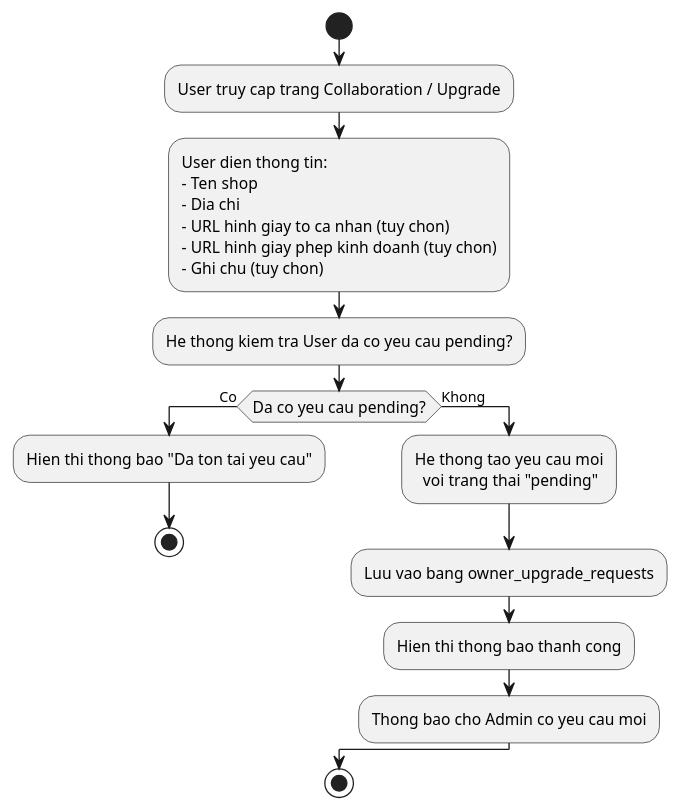
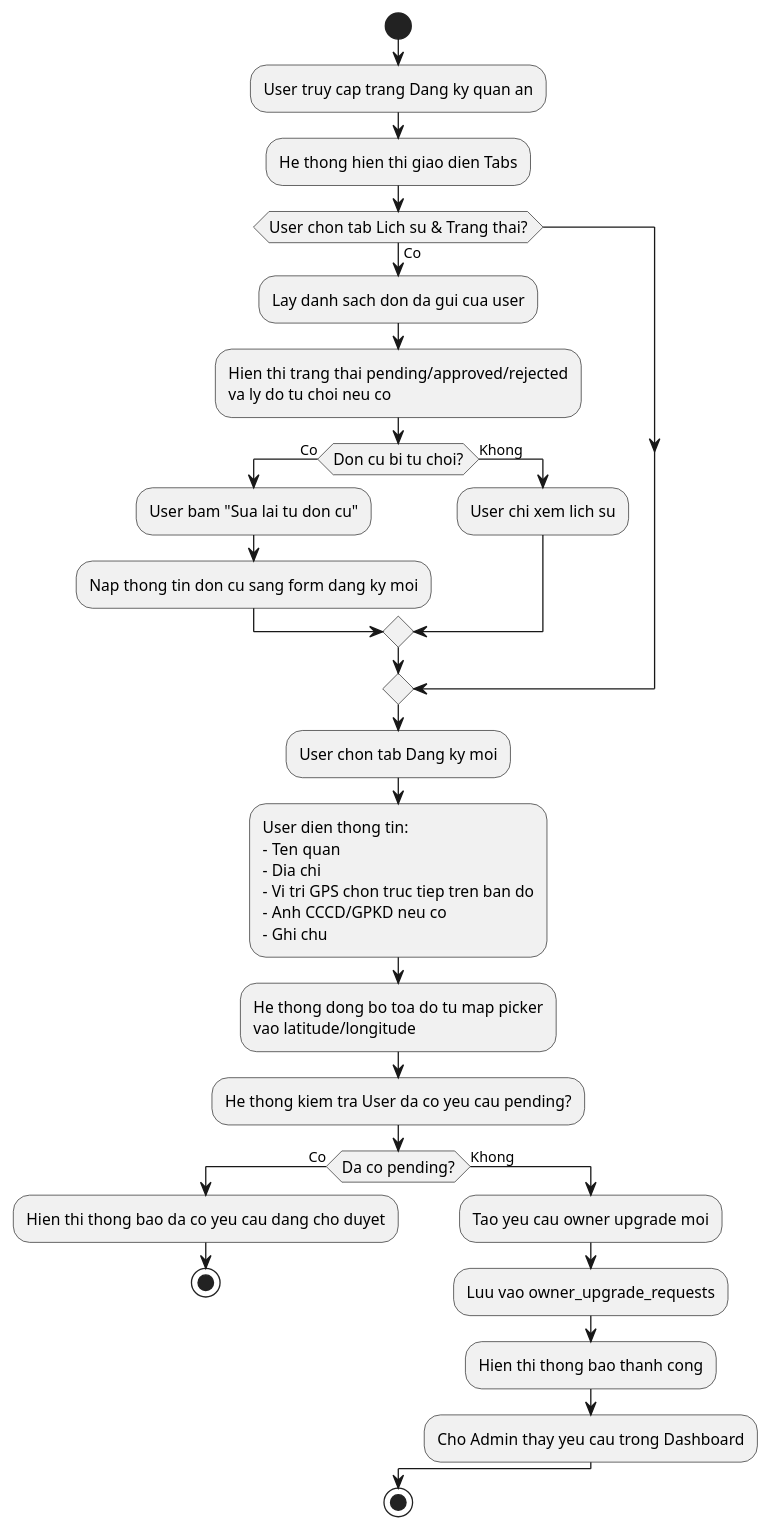
Before and after one commit to MinhMafia/DiDuDuaDi: the diagram in Đặc tả wed/activity_11_user_upgrade_request.puml, drawn with PlantUML. The commit also changed 42 other files, not shown here.

Commit message:
Update owner shop interface and API for managing owner upgrade requests

```diff
--- a/Đặc tả wed/activity_11_user_upgrade_request.puml
+++ b/Đặc tả wed/activity_11_user_upgrade_request.puml
@@ -1,32 +1,51 @@
 @startuml activity_11_user_upgrade_request
 skinparam backgroundColor White
 skinparam activityFontSize 12
 skinparam activityFontName "Times New Roman"
 
 start
 
-:User truy cap trang Collaboration / Upgrade;
+:User truy cap trang Dang ky quan an;
+
+:He thong hien thi giao dien Tabs;
+
+if (User chon tab Lich su & Trang thai?) then (Co)
+  :Lay danh sach don da gui cua user;
+  :Hien thi trang thai pending/approved/rejected
+  va ly do tu choi neu co;
+
+  if (Don cu bi tu choi?) then (Co)
+    :User bam "Sua lai tu don cu";
+    :Nap thong tin don cu sang form dang ky moi;
+  else (Khong)
+    :User chi xem lich su;
+  endif
+endif
+
+:User chon tab Dang ky moi;
 
 :User dien thong tin:
-- Ten shop
+- Ten quan
 - Dia chi
-- URL hinh giay to ca nhan (tuy chon)
-- URL hinh giay phep kinh doanh (tuy chon)
-- Ghi chu (tuy chon);
+- Vi tri GPS chon truc tiep tren ban do
+- Anh CCCD/GPKD neu co
+- Ghi chu;
+
+:He thong dong bo toa do tu map picker
+vao latitude/longitude;
 
 :He thong kiem tra User da co yeu cau pending?;
 
-if (Da co yeu cau pending?) then (Co)
-  :Hien thi thong bao "Da ton tai yeu cau";
+if (Da co pending?) then (Co)
+  :Hien thi thong bao da co yeu cau dang cho duyet;
   stop
 else (Khong)
-  :He thong tao yeu cau moi
-    voi trang thai "pending";
-  :Luu vao bang owner_upgrade_requests;
+  :Tao yeu cau owner upgrade moi;
+  :Luu vao owner_upgrade_requests;
   :Hien thi thong bao thanh cong;
-  :Thong bao cho Admin co yeu cau moi;
+  :Cho Admin thay yeu cau trong Dashboard;
 endif
 
 stop
 
 @enduml
```
